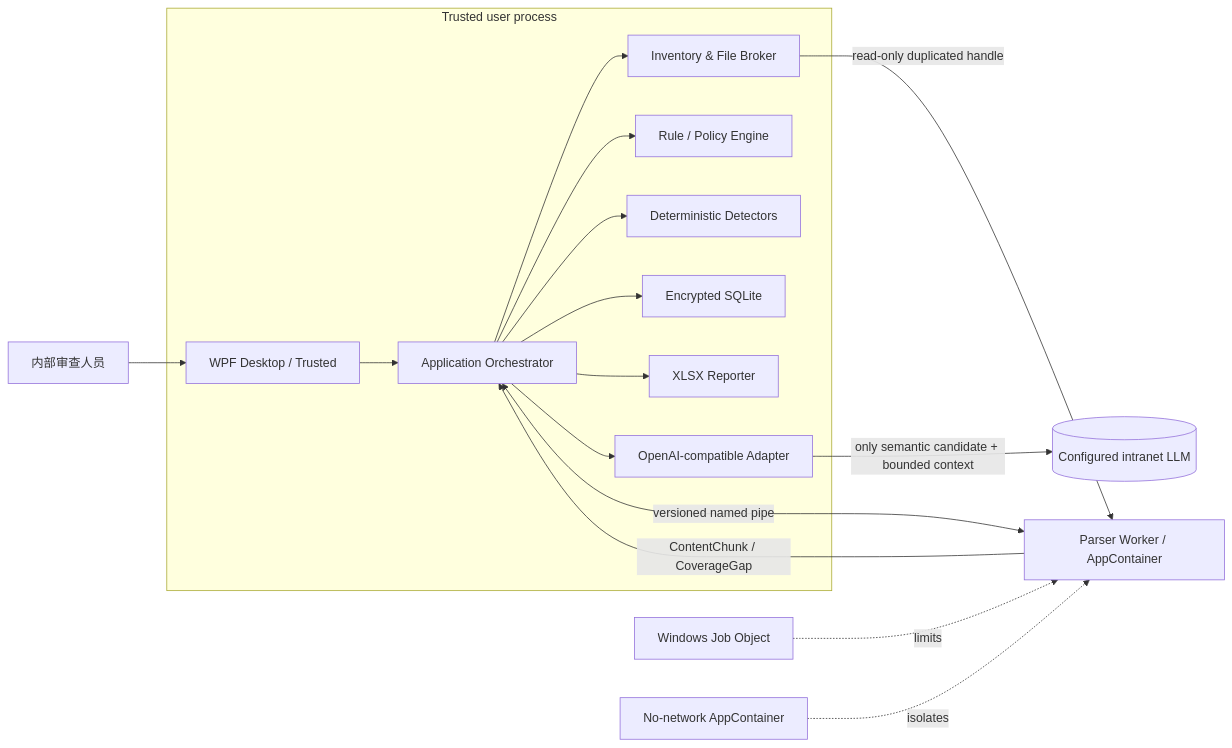
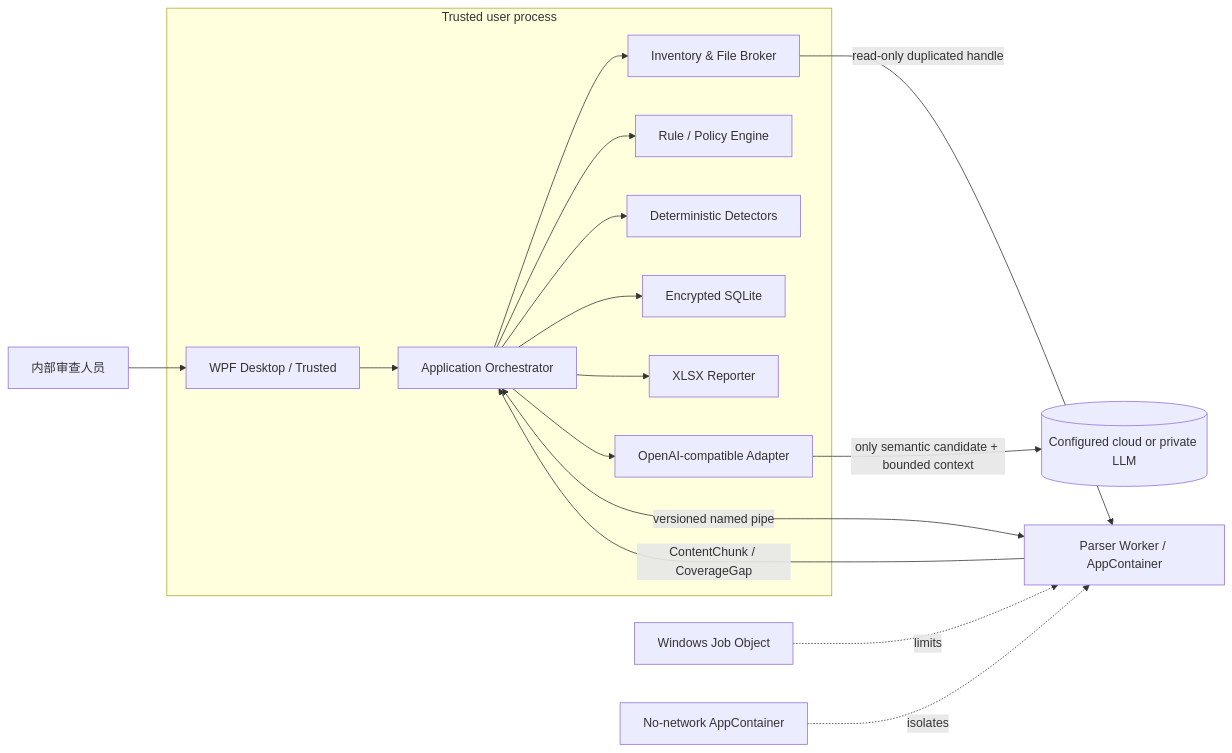
The first of 2 diagrams in docs/srs/srs-security-asset-content-review-tool.md (yusiyi0429/Security-review-tool), drawn with Mermaid before and after one commit. The commit also changed other lines of this file and 79 other files, not shown here.

````diff
--- a/docs/srs/srs-security-asset-content-review-tool.md
+++ b/docs/srs/srs-security-asset-content-review-tool.md
@@ -72,29 +72,29 @@
 ```mermaid
 flowchart LR
     U[内部审查人员] --> UI[WPF Desktop / Trusted]
     UI --> APP[Application Orchestrator]
     APP --> INV[Inventory & File Broker]
     APP --> RULE[Rule / Policy Engine]
     APP --> DET[Deterministic Detectors]
     APP --> STORE[Encrypted SQLite]
     APP --> XLSX[XLSX Reporter]
     APP --> LLM[OpenAI-compatible Adapter]
-    LLM -->|only semantic candidate + bounded context| INTRANET[(Configured intranet LLM)]
+    LLM -->|only semantic candidate + bounded context| ENDPOINT[(Configured cloud or private LLM)]
 
     INV -->|read-only duplicated handle| W1[Parser Worker / AppContainer]
     APP <-->|versioned named pipe| W1
     W1 -->|ContentChunk / CoverageGap| APP
     JOB[Windows Job Object] -.limits.-> W1
     AC[No-network AppContainer] -.isolates.-> W1
 
     subgraph Trusted user process
       UI
       APP
       INV
       RULE
       DET
       STORE
       XLSX
       LLM
     end
 ```
````
